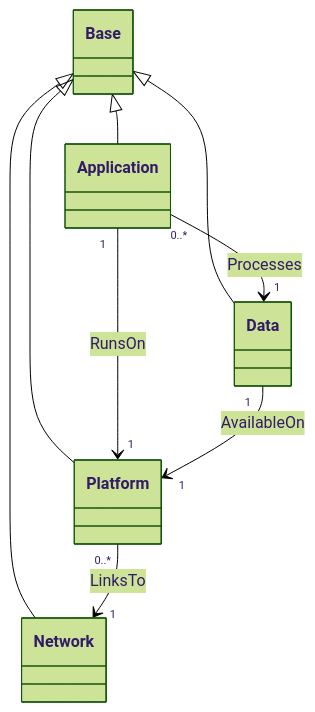
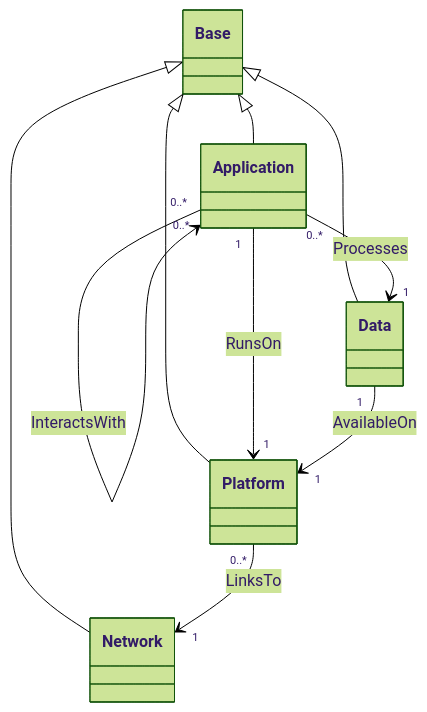
One commit to oasis-open/tosca-community-contributions changed the first of 2 diagrams in profiles/community/tosca/abstract/base/README.md. Above: the diagram before and after it, drawn with Mermaid (forest theme). The commit also changed other lines of this file and 15 other files, not shown here.

````diff
--- a/profiles/community/tosca/abstract/base/README.md
+++ b/profiles/community/tosca/abstract/base/README.md
@@ -13,11 +13,12 @@
 ```mermaid
 classDiagram
     Base <|-- Data
     Base <|-- Application
     Base <|-- Network
     Base <|-- Platform
     Application "0..*" --> "1" Data:Processes
+    Application "0..*" --> "0..*" Application:InteractsWith
     Application "1" --> "1" Platform:RunsOn
     Platform "0..*" --> "1" Network:LinksTo
     Data "1" --> "1" Platform:AvailableOn
 ```
````
